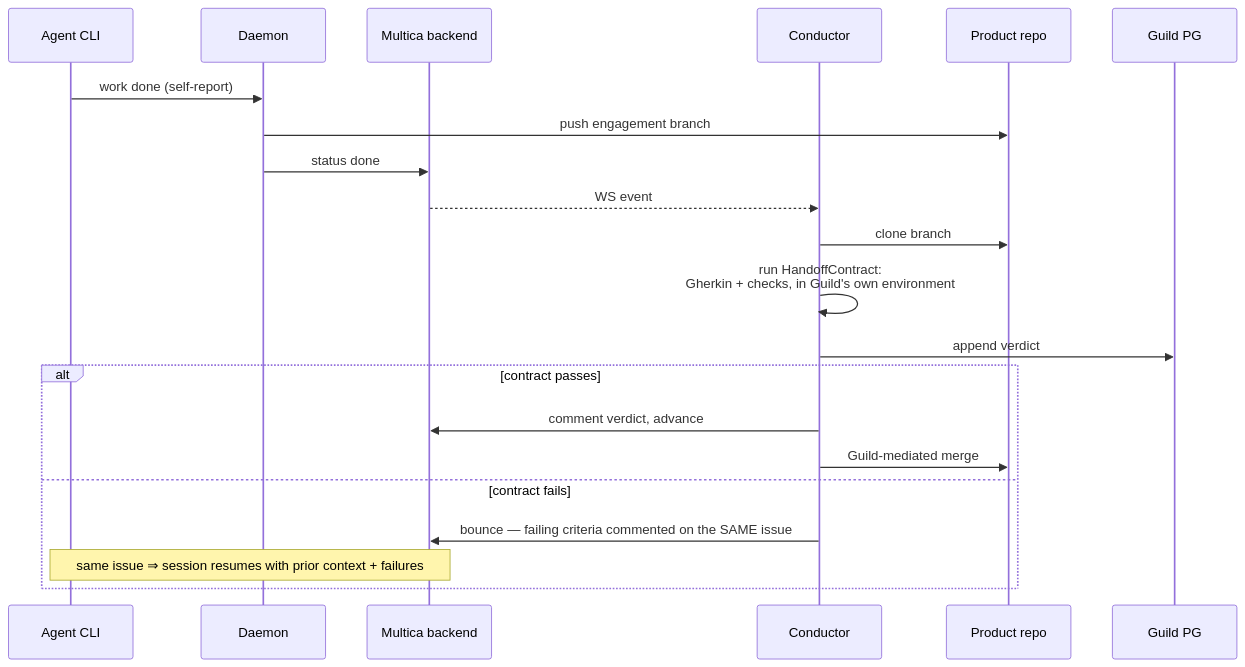
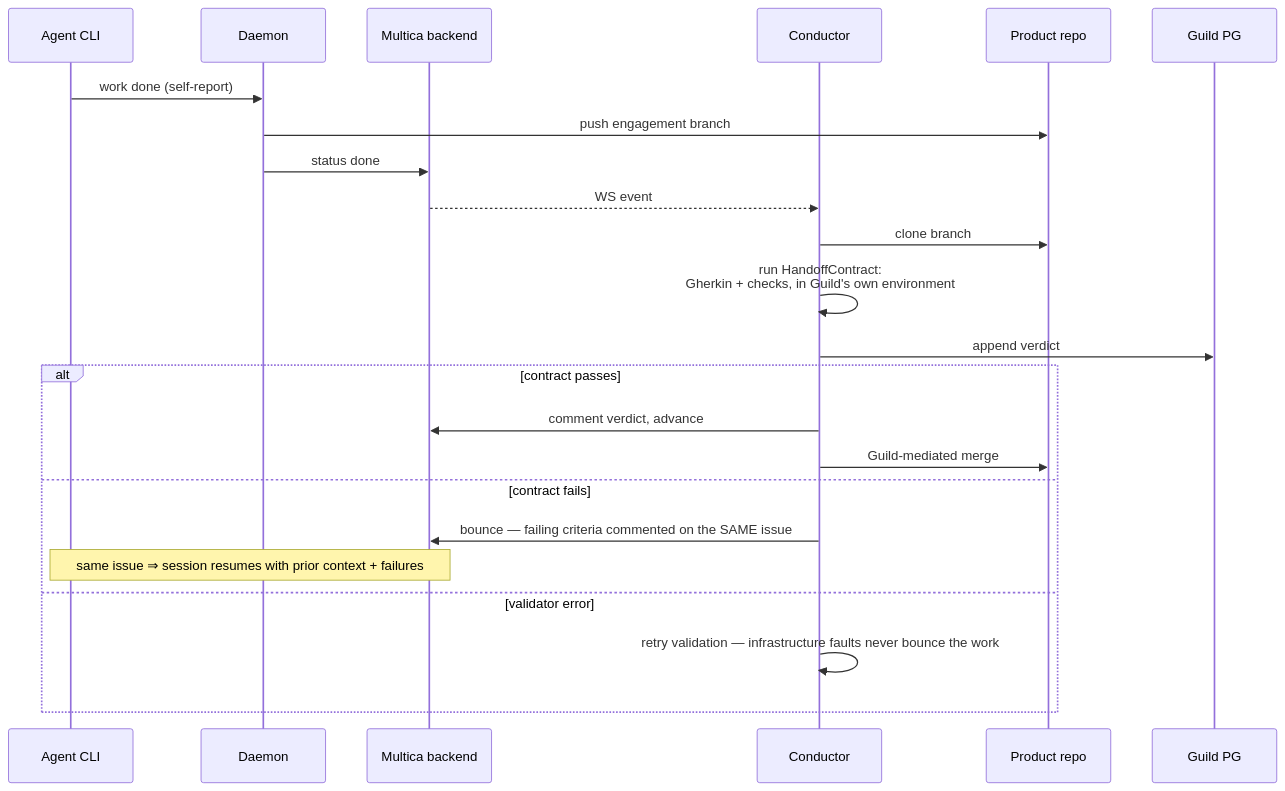
Before and after one commit to maacarbo/guild: the seventh of 8 diagrams in docs/OVERVIEW.md, drawn with Mermaid. The commit also changed other lines of this file and 2 other files, not shown here.

First line of the commit message:
Fix review-response verification findings: gVisor timing, attribution overclaim, brief propagation, tri-state/bounce-cap in diagrams, OQ3 tag

````diff
--- a/docs/OVERVIEW.md
+++ b/docs/OVERVIEW.md
@@ -179,23 +181,25 @@
 ```mermaid
 sequenceDiagram
     participant CLIs as Agent CLI
     participant DM as Daemon
     participant BE as Multica backend
     participant C as Conductor
     participant R as Product repo
     participant G as Guild PG
     CLIs->>DM: work done (self-report)
     DM->>R: push engagement branch
     DM->>BE: status done
     BE-->>C: WS event
     C->>R: clone branch
     C->>C: run HandoffContract:<br/>Gherkin + checks, in Guild's own environment
     C->>G: append verdict
     alt contract passes
         C->>BE: comment verdict, advance
         C->>R: Guild-mediated merge
     else contract fails
         C->>BE: bounce — failing criteria commented on the SAME issue
         Note over BE,CLIs: same issue ⇒ session resumes with prior context + failures
+    else validator error
+        C->>C: retry validation — infrastructure faults never bounce the work
     end
 ```
````
